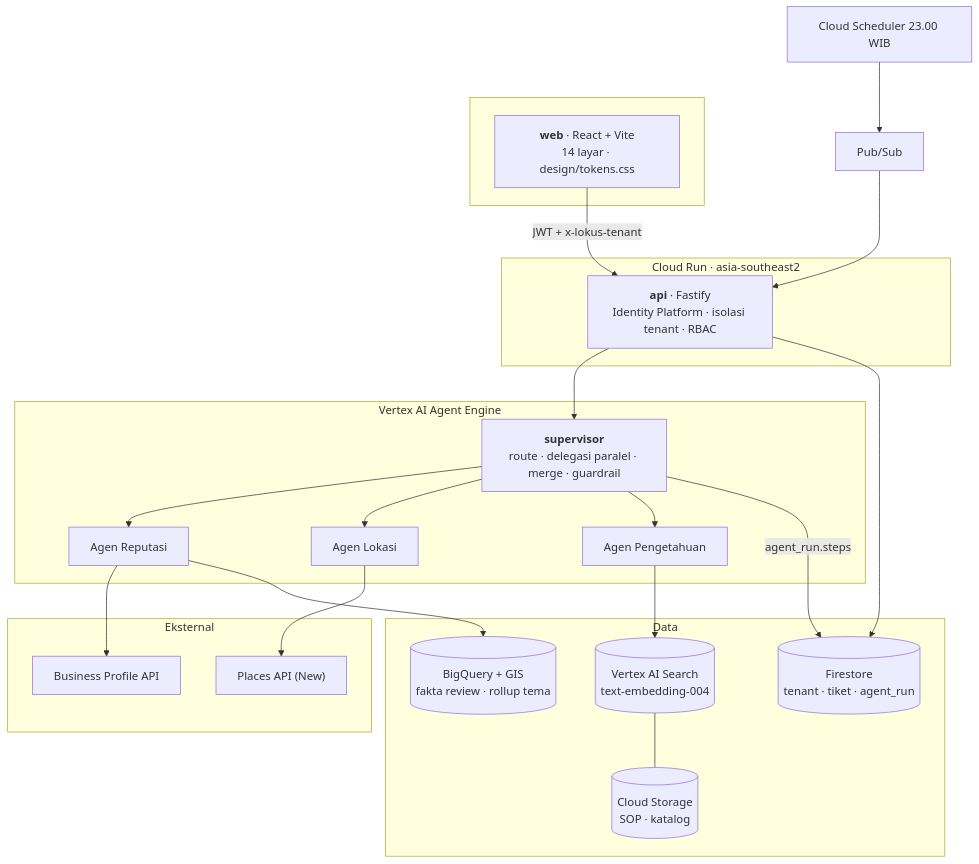
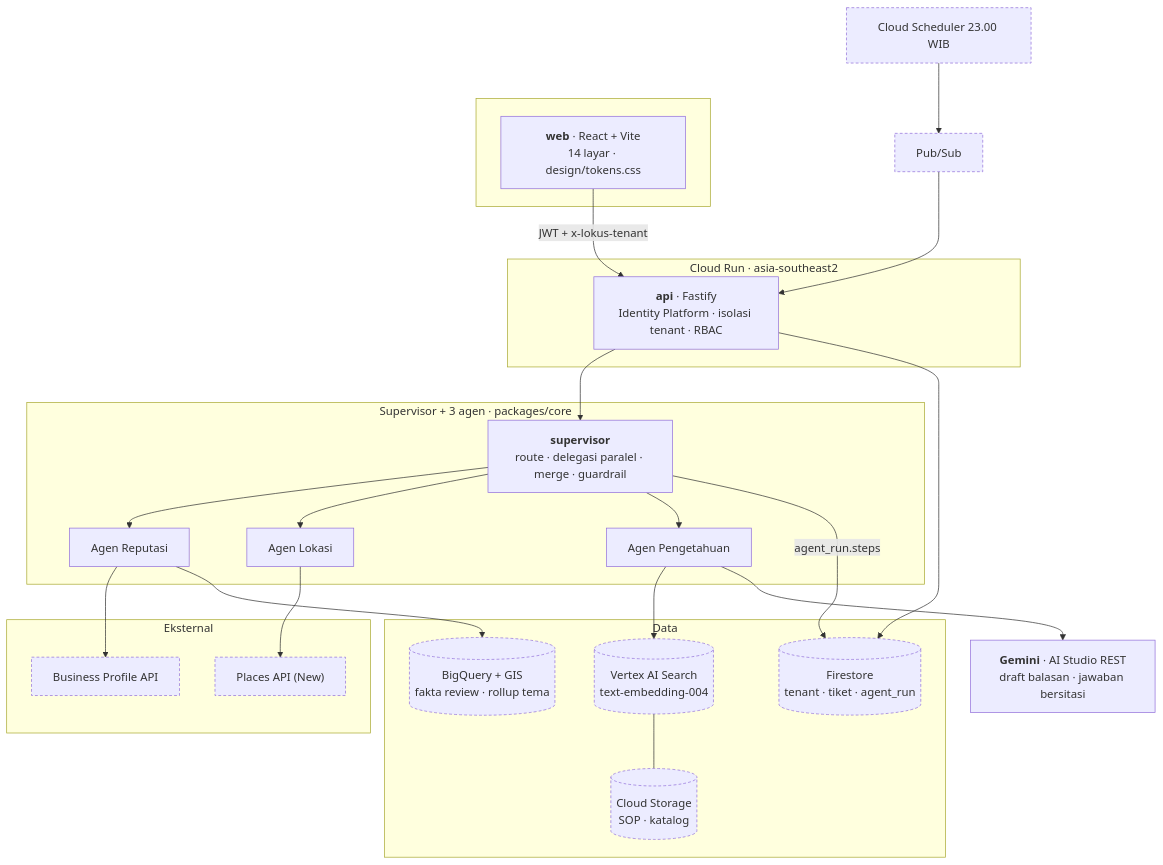
Before and after one commit to ardianwidyo/lokus: the diagram in README.md, drawn with Mermaid. The commit also changed other lines of this file, not shown here.

First line of the commit message:
docs: the architecture diagram now distinguishes what runs from what does not

````diff
--- a/README.md
+++ b/README.md
@@ -133,42 +133,48 @@
 ```mermaid
 flowchart TB
   subgraph klien[" "]
     web["<b>web</b> · React + Vite<br/>14 layar · design/tokens.css"]
   end
 
   subgraph run["Cloud Run · asia-southeast2"]
     api["<b>api</b> · Fastify<br/>Identity Platform · isolasi tenant · RBAC"]
   end
 
-  subgraph agen["Vertex AI Agent Engine"]
+  subgraph agen["Supervisor + 3 agen · packages/core"]
     sup["<b>supervisor</b><br/>route · delegasi paralel · merge · guardrail"]
     rep["Agen Reputasi"]
     loc["Agen Lokasi"]
     kno["Agen Pengetahuan"]
   end
+
+  gem["<b>Gemini</b> · AI Studio REST<br/>draft balasan · jawaban bersitasi"]
 
   subgraph data["Data"]
     bq[("BigQuery + GIS<br/>fakta review · rollup tema")]
     fs[("Firestore<br/>tenant · tiket · agent_run")]
     vs[("Vertex AI Search<br/>text-embedding-004")]
     gcs[("Cloud Storage<br/>SOP · katalog")]
   end
 
   subgraph ext["Eksternal"]
     gbp["Business Profile API"]
     places["Places API (New)"]
   end
 
   web -->|"JWT + x-lokus-tenant"| api
   api --> sup
   sup --> rep & loc & kno
   rep --> gbp
   rep --> bq
   loc --> places
   kno --> vs
   vs --- gcs
   sup -->|"agent_run.steps"| fs
   api --> fs
 
   sched["Cloud Scheduler 23.00 WIB"] --> pubsub["Pub/Sub"] --> api
+  kno --> gem
+
+  classDef pending stroke-dasharray: 4 3;
+  class bq,fs,vs,gcs,gbp,places,sched,pubsub pending;
 ```
````
